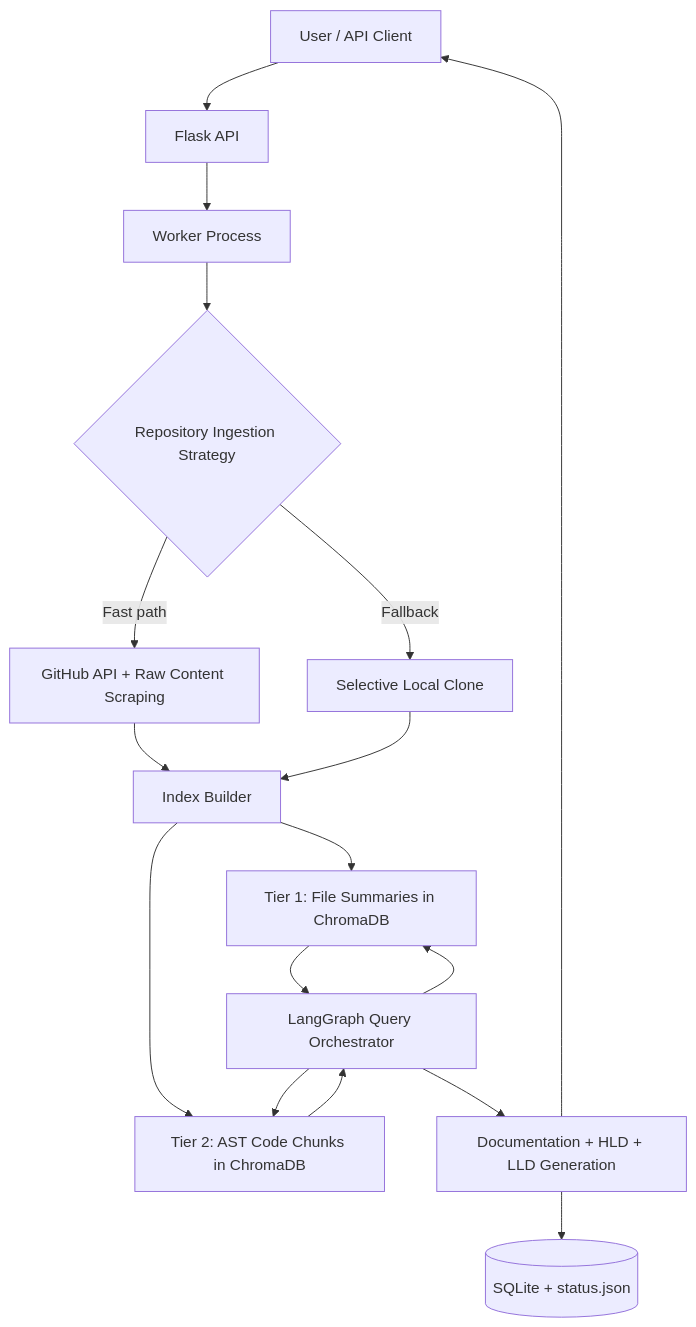
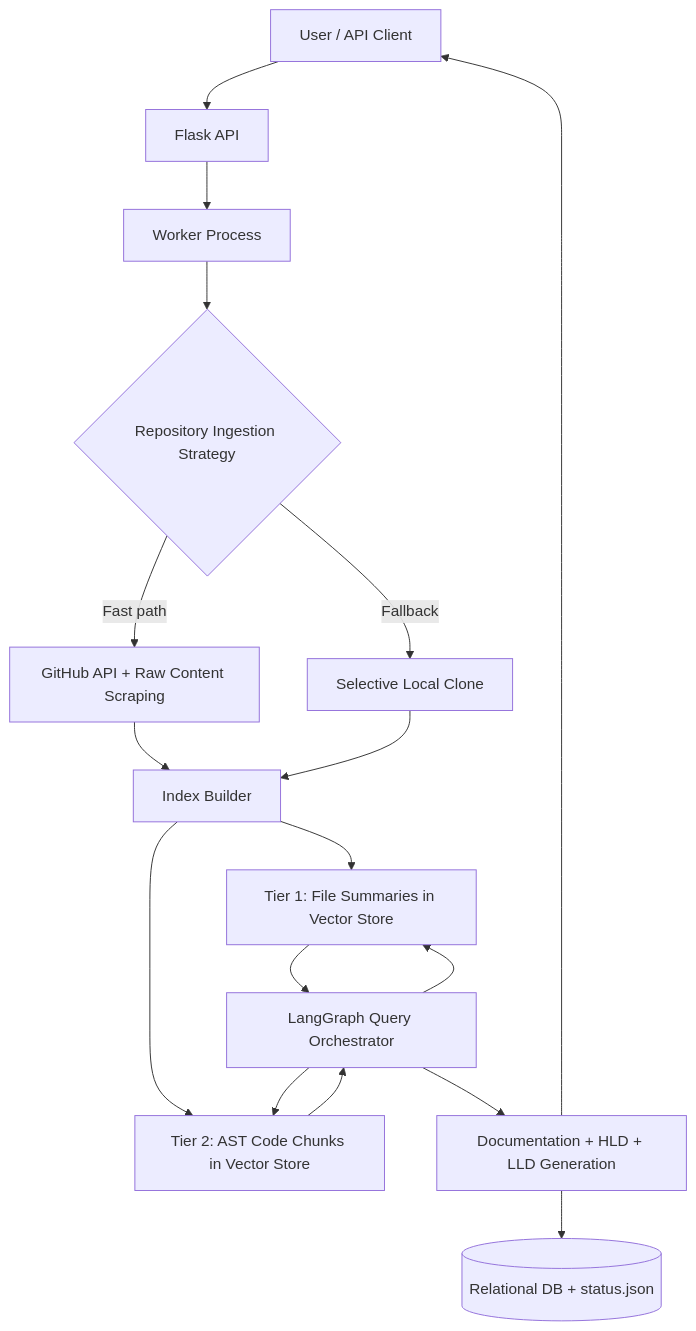
Before and after one commit to krishnakumarbhat/ArchiMind: the diagram in README.md, drawn with Mermaid. The commit also changed other lines of this file and 47 other files, not shown here.

````diff
--- a/README.md
+++ b/README.md
@@ -72,24 +77,24 @@
 ```mermaid
 flowchart TD
         U[User / API Client] --> A[Flask API]
         A --> W[Worker Process]
 
         W --> R{Repository Ingestion Strategy}
         R -->|Fast path| G[GitHub API + Raw Content Scraping]
         R -->|Fallback| C[Selective Local Clone]
 
         G --> I[Index Builder]
         C --> I
 
-        I --> S[Tier 1: File Summaries in ChromaDB]
-        I --> K[Tier 2: AST Code Chunks in ChromaDB]
+        I --> S[Tier 1: File Summaries in Vector Store]
+        I --> K[Tier 2: AST Code Chunks in Vector Store]
 
         Q[LangGraph Query Orchestrator] --> S
         Q --> K
         S --> Q
         K --> Q
 
         Q --> D[Documentation + HLD + LLD Generation]
-        D --> J[(SQLite + status.json)]
+        D --> J[(Relational DB + status.json)]
         D --> U
 ```
````
